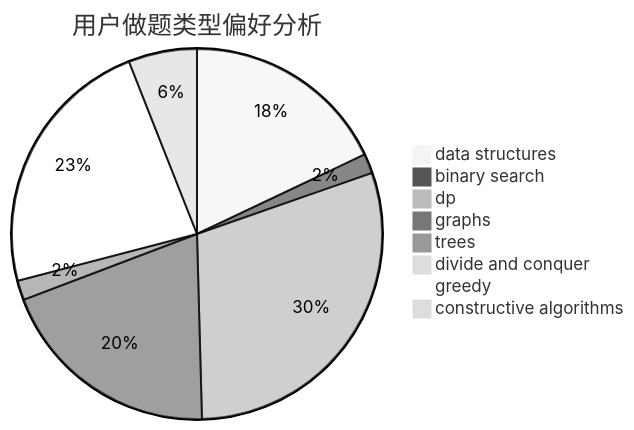
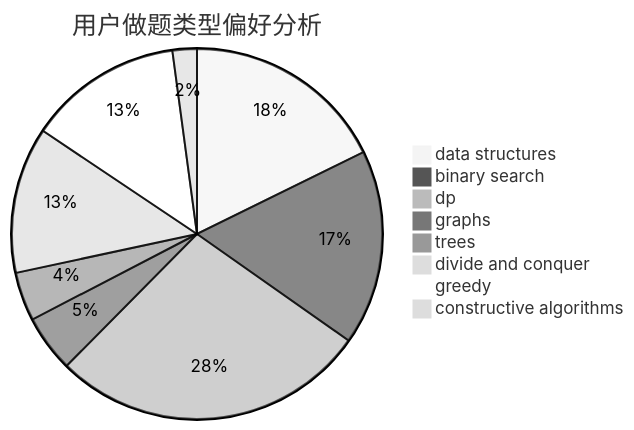
One commit to sherpahu/cfrs.github.io changed the second of 3 diagrams in docs/user/u925.md. Above: the diagram before and after it, drawn with Mermaid (neutral theme). The commit also changed other lines of this file and 2770 other files, not shown here.

````diff
--- a/docs/user/u925.md
+++ b/docs/user/u925.md
@@ -23,11 +23,11 @@
 ```mermaid
 pie title 用户做题类型偏好分析
-    "data structures" :  21
-    "binary search" :  2
-    "dp" :  35
-    "graphs" :  23
-    "trees" :  2
-    "divide and conquer" :  0
-    "greedy" :  27
-    "constructive algorithms" :  7
+    "data structures" :  25
+    "binary search" :  24
+    "dp" :  39
+    "graphs" :  7
+    "trees" :  6
+    "divide and conquer" :  18
+    "greedy" :  19
+    "constructive algorithms" :  3
 ```
````
